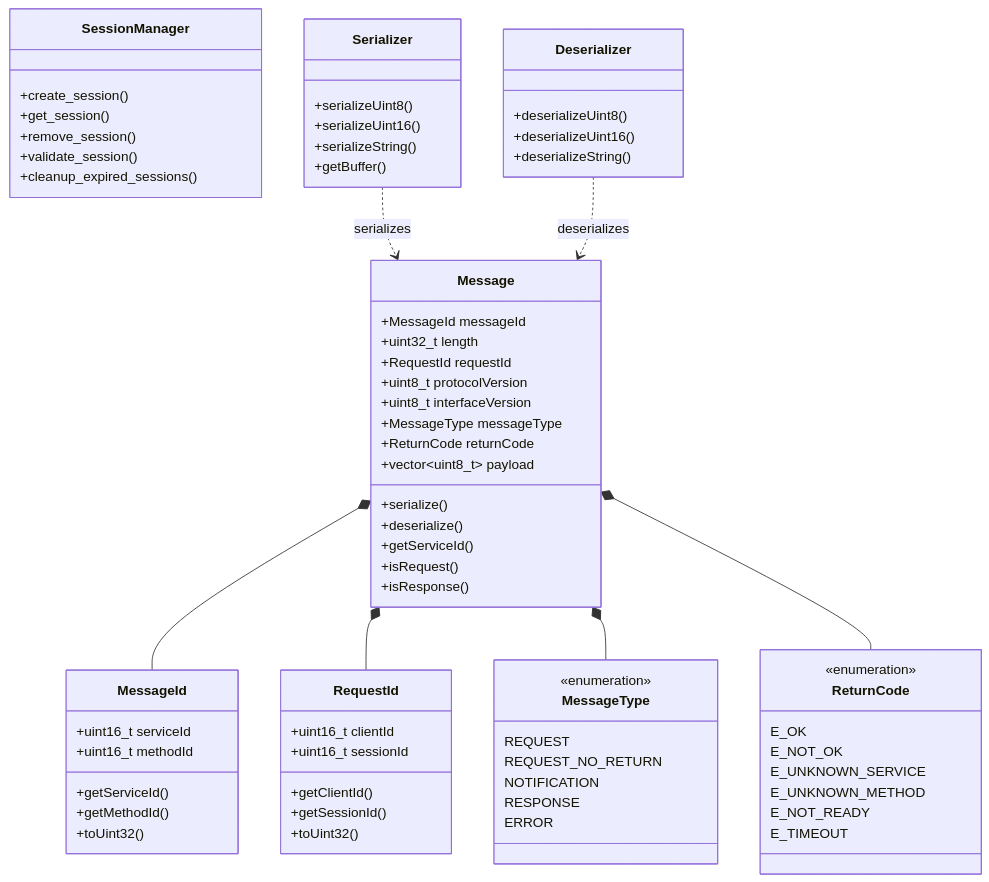
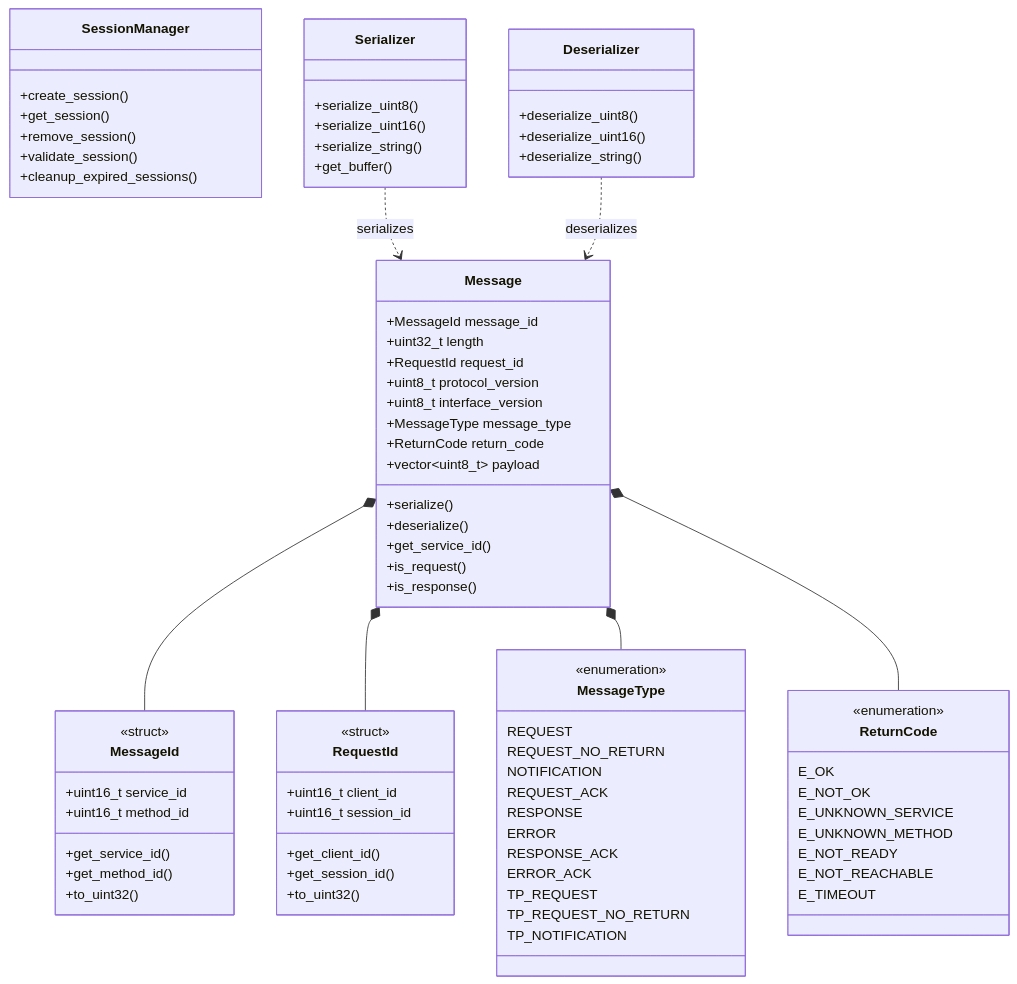
One commit to vtz/opensomeip changed the first of 2 diagrams in docs/api/index.md. Above: the diagram before and after it, drawn with Mermaid. The commit also changed 1 other file, not shown here.

Commit message:
docs: fix class diagram naming and RPC transport labels
Address CodeRabbit review findings:
- Use snake_case method names matching the C++ implementation
- Add missing enum values (REQUEST_ACK, TP_REQUEST, E_NOT_REACHABLE, etc.)
- Mark MessageId and RequestId as structs
- Use transport-agnostic labels in RPC sequence diagram

Made-with: Cursor

````diff
--- a/docs/api/index.md
+++ b/docs/api/index.md
@@ -83,73 +83,82 @@
 ```mermaid
 classDiagram
   class Message {
-    +MessageId messageId
+    +MessageId message_id
     +uint32_t length
-    +RequestId requestId
-    +uint8_t protocolVersion
-    +uint8_t interfaceVersion
-    +MessageType messageType
-    +ReturnCode returnCode
+    +RequestId request_id
+    +uint8_t protocol_version
+    +uint8_t interface_version
+    +MessageType message_type
+    +ReturnCode return_code
     +vector~uint8_t~ payload
     +serialize()
     +deserialize()
-    +getServiceId()
-    +isRequest()
-    +isResponse()
+    +get_service_id()
+    +is_request()
+    +is_response()
   }
   class MessageId {
-    +uint16_t serviceId
-    +uint16_t methodId
-    +getServiceId()
-    +getMethodId()
-    +toUint32()
+    <<struct>>
+    +uint16_t service_id
+    +uint16_t method_id
+    +get_service_id()
+    +get_method_id()
+    +to_uint32()
   }
   class RequestId {
-    +uint16_t clientId
-    +uint16_t sessionId
-    +getClientId()
-    +getSessionId()
-    +toUint32()
+    <<struct>>
+    +uint16_t client_id
+    +uint16_t session_id
+    +get_client_id()
+    +get_session_id()
+    +to_uint32()
   }
   class MessageType {
     <<enumeration>>
     REQUEST
     REQUEST_NO_RETURN
     NOTIFICATION
+    REQUEST_ACK
     RESPONSE
     ERROR
+    RESPONSE_ACK
+    ERROR_ACK
+    TP_REQUEST
+    TP_REQUEST_NO_RETURN
+    TP_NOTIFICATION
   }
   class ReturnCode {
     <<enumeration>>
     E_OK
     E_NOT_OK
     E_UNKNOWN_SERVICE
     E_UNKNOWN_METHOD
     E_NOT_READY
+    E_NOT_REACHABLE
     E_TIMEOUT
   }
   class SessionManager {
     +create_session()
     +get_session()
     +remove_session()
     +validate_session()
     +cleanup_expired_sessions()
   }
   class Serializer {
-    +serializeUint8()
-    +serializeUint16()
-    +serializeString()
-    +getBuffer()
+    +serialize_uint8()
+    +serialize_uint16()
+    +serialize_string()
+    +get_buffer()
   }
   class Deserializer {
-    +deserializeUint8()
-    +deserializeUint16()
-    +deserializeString()
+    +deserialize_uint8()
+    +deserialize_uint16()
+    +deserialize_string()
   }
   Message *-- MessageId
   Message *-- RequestId
   Message *-- MessageType
   Message *-- ReturnCode
   Serializer ..> Message : serializes
   Deserializer ..> Message : deserializes
 ```
````
